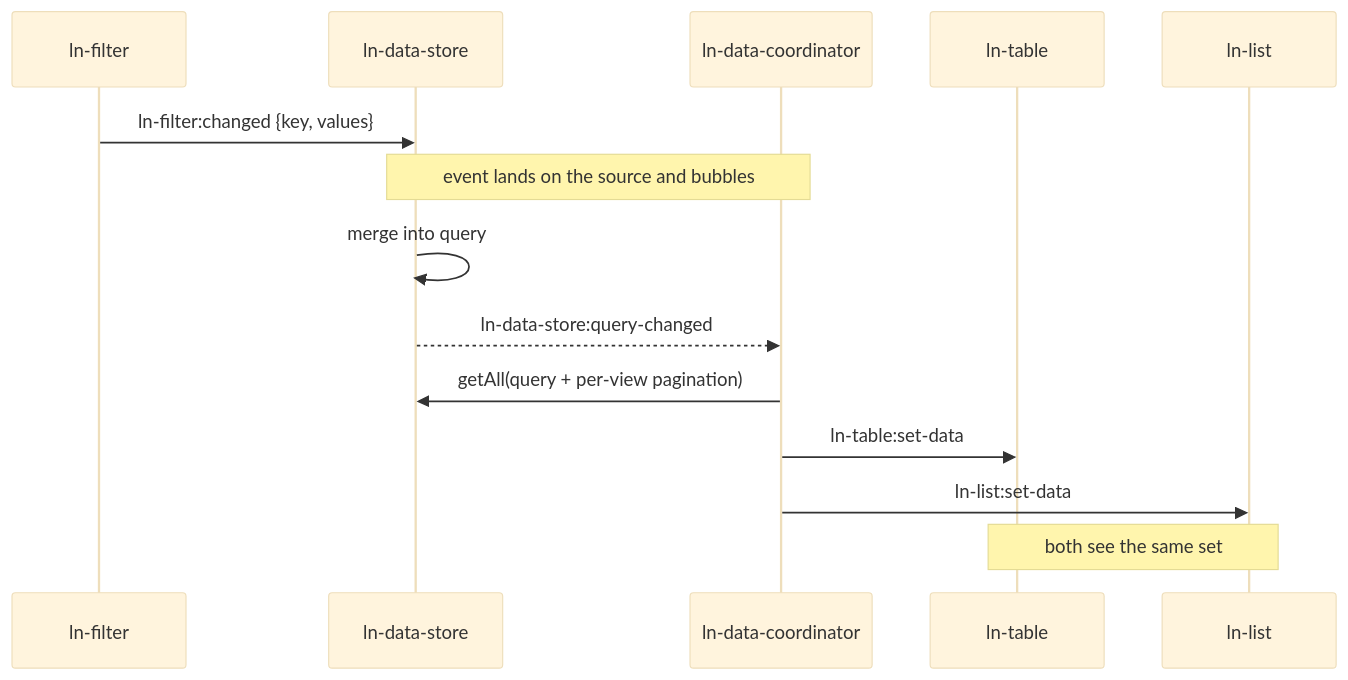
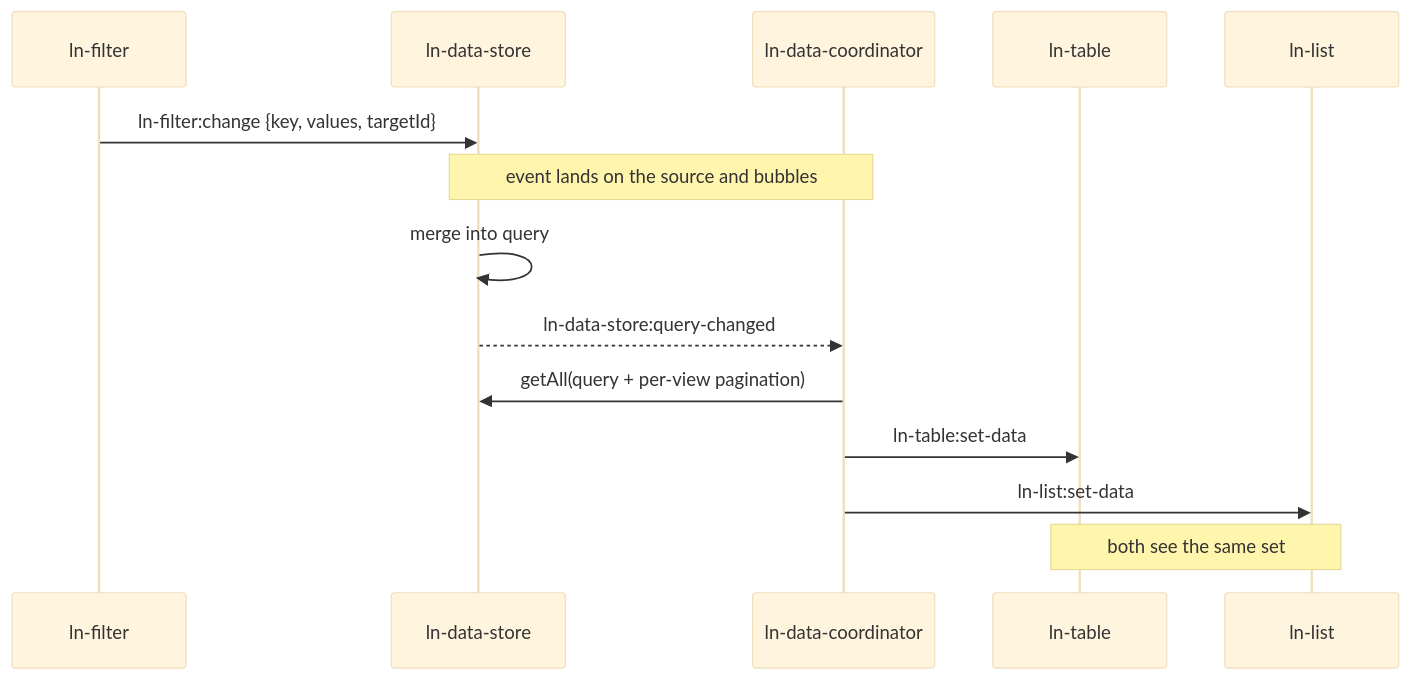
Before and after one commit to livenetworks/ln-ashlar: the second of 2 diagrams in docs/architecture/shared-query.md, drawn with Mermaid (base theme). The commit also changed other lines of this file and 28 other files, not shown here.

````diff
--- a/docs/architecture/shared-query.md
+++ b/docs/architecture/shared-query.md
@@ -60,17 +60,17 @@
 ```mermaid
 sequenceDiagram
     participant F as ln-filter
     participant S as ln-data-store
     participant C as ln-data-coordinator
     participant T as ln-table
     participant L as ln-list
 
-    F->>S: ln-filter:changed {key, values}
+    F->>S: ln-filter:change {key, values, targetId}
     Note over S,C: event lands on the source and bubbles
     S->>S: merge into query
     S-->>C: ln-data-store:query-changed
     C->>S: getAll(query + per-view pagination)
     C->>T: ln-table:set-data
     C->>L: ln-list:set-data
     Note over T,L: both see the same set
 ```
````
